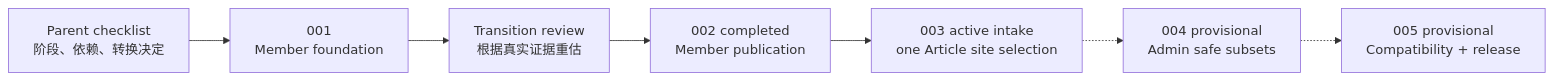
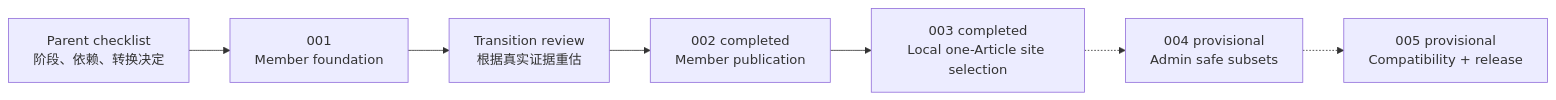
The diagram in docs/roadmap/agent-workspace-program.md (lonelyreader/chinaknowledge), drawn with Mermaid before and after one commit. The commit also changed other lines of this file and 19 other files, not shown here.

````diff
--- a/docs/roadmap/agent-workspace-program.md
+++ b/docs/roadmap/agent-workspace-program.md
@@ -21,9 +21,9 @@
 ```mermaid
 flowchart LR
     P["Parent checklist<br/>阶段、依赖、转换决定"] --> A1["001<br/>Member foundation"]
     A1 --> R["Transition review<br/>根据真实证据重估"]
     R --> A2["002 completed<br/>Member publication"]
-    A2 --> A3["003 active intake<br/>one Article site selection"]
+    A2 --> A3["003 completed<br/>Local one-Article site selection"]
     A3 -.-> A4["004 provisional<br/>Admin safe subsets"]
     A4 -.-> A5["005 provisional<br/>Compatibility + release"]
 ```
````
